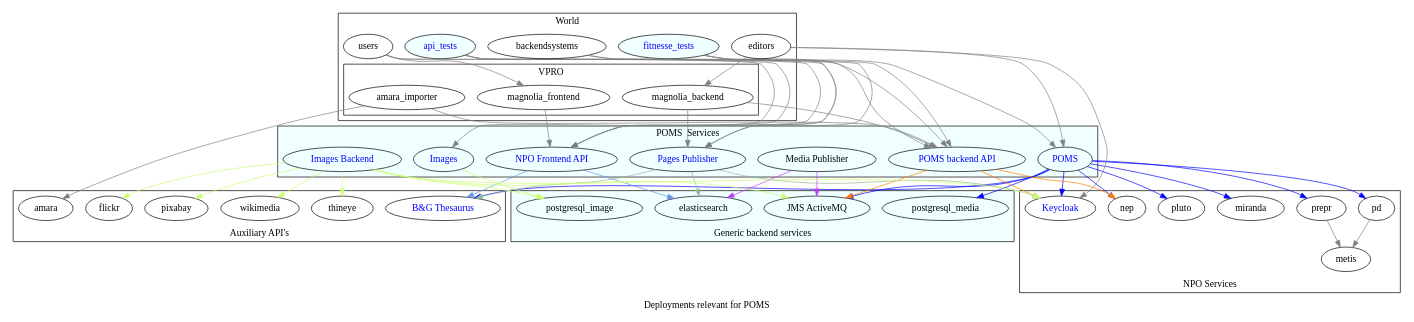
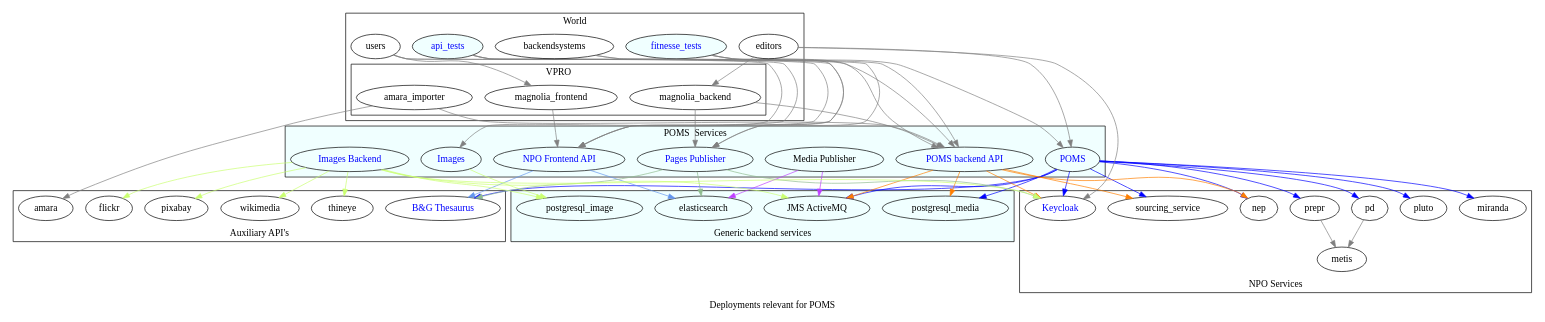
Before and after one commit to npo-poms/poms-parent: the diagram in poms-deployment.dot, drawn with Graphviz. The commit also changed 2 other files, not shown here.

```diff
--- a/poms-deployment.dot
+++ b/poms-deployment.dot
@@ -1,189 +1,193 @@
 digraph poms_universe {
 
     label="Deployments relevant for POMS"
     edge [
       color=gray
     ]
 
     poms [ label="POMS" href="https://poms.omroep.nl/" fontcolor=blue ]
     poms_backend [ label="POMS backend API" href="https://api.poms.omroep.nl/" fontcolor=blue ]
     api [ label = "NPO Frontend API" href="https://rs.poms.omroep.nl/" fontcolor=blue ]
     pages_publish [ label = "Pages Publisher"     href="https://publish.pages.omroep.nl/" fontcolor=blue ]
     media_publish [ label = "Media Publisher" ]
     images_frontend [ label = "Images" href="https://images.poms.omroep.nl" fontcolor=blue]
     images_backend [ label = "Images Backend" href="https://poms.omroep.nl/images/" fontcolor=blue ]
     gtaa [ label ="B&G Thesaurus"  href="http://gtaa.beeldengeluid.nl/" fontcolor=blue]
     thineye
     api_tests [
        fillcolor=azure
        style=filled
        href="https://git.vpro.nl/npo/test/api-tests/pipelines"
        fontcolor="blue"
     ]
 
     fitnesse_tests [
        fillcolor=azure
        style=filled
        href="https://jenkins.vpro.nl/view/POMS/job/POMS-Fitnesse-Tests/"
        fontcolor="blue"
     ]
 
     subgraph cluster_0  {
       label="Generic backend services"
       labelloc=b
       bgcolor=azure
       postgresql_media
       postgresql_image
       elasticsearch
       jms [ label = "JMS ActiveMQ" ]
     }
 
 
 subgraph cluster_3  {
   label="World"
   users
   backendsystems
   editors
   api_tests
   fitnesse_tests
 subgraph cluster_2  {
   label="VPRO"
   magnolia_frontend
   magnolia_backend
   amara_importer
 }
 
 }
 subgraph cluster_4  {
   label="POMS  Services"
   bgcolor=azure
   poms
   poms_backend
   pages_publish
   media_publish
   api
   images_frontend
   images_backend
 }
 
 subgraph cluster_5  {
   label="NPO Services"
   labelloc=b
   metis
   pd
   prepr
   miranda
   pluto
   nep
+  sourcing_service
   keycloak [ label = "Keycloak" href="https://ident.poms.omroep.nl/auth/" fontcolor=blue]
 }
 
 subgraph cluster_6 {
   label="Auxiliary API's"
   labelloc=b
   gtaa
   thineye
   wikimedia
   pixabay
   flickr
   amara
 }
 
 editors -> {
   magnolia_backend
   poms
   keycloak
 }
 
 users -> {
   magnolia_frontend
   api
   images_frontend
 }
 
 backendsystems -> {
   poms_backend
   pages_publish
 }
 
 poms -> {
   postgresql_media
   jms
   keycloak
   miranda
   prepr
   pd
   pluto
   nep
+  sourcing_service
   gtaa
 }[color=blue]
 
 poms_backend -> {
+  postgresql_media
   jms
   nep
+  sourcing_service
   keycloak
 }[color=darkorange1]
 
 api -> {
   elasticsearch
   gtaa
 }[color=cornflowerblue]
 
 pages_publish-> {
   elasticsearch
   keycloak
   gtaa
 }[color=darkseagreen]
 
 media_publish -> {
   elasticsearch
   jms
 }[color=darkorchid1]
 
 
 images_frontend -> {
   postgresql_image
 }[color=darkolivegreen1]
 
 images_backend -> {
   postgresql_image
   jms
   keycloak
   thineye
   wikimedia
   pixabay
   flickr
 }[color=darkolivegreen1]
 
 magnolia_backend -> {
   poms_backend
   pages_publish
 }
 
 magnolia_frontend -> {
   api
 }
 
 prepr -> metis
 pd -> metis
 
 
 api_tests -> {
   poms_backend
   pages_publish
   api
 }
 
 fitnesse_tests -> {
   poms_backend
   poms
   api
 }
 
 
 amara_importer -> {
   poms_backend
   amara
 }
 
 }
```
